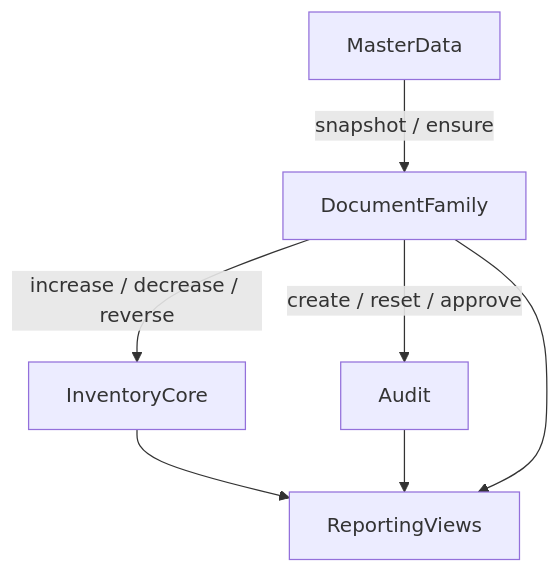
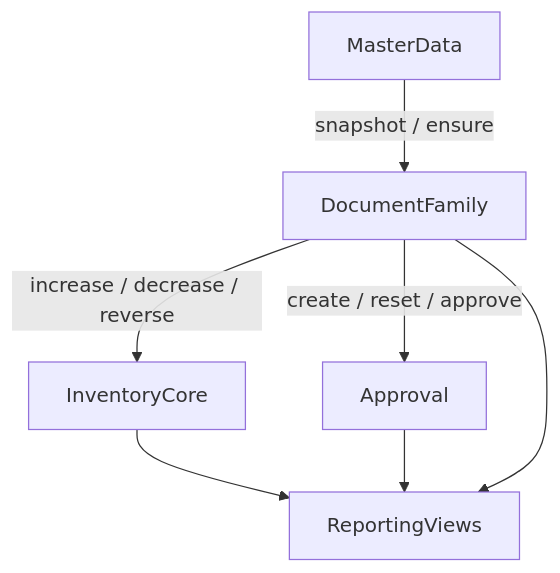
One commit to Cupcc/saifute-wms-server changed the diagram in docs/architecture/20-wms-database-tables-and-schema.md. Above: the diagram before and after it, drawn with Mermaid. The commit also changed other lines of this file and 163 other files, not shown here.

````diff
--- a/docs/architecture/20-wms-database-tables-and-schema.md
+++ b/docs/architecture/20-wms-database-tables-and-schema.md
@@ -67,15 +67,15 @@
 ```mermaid
 flowchart TD
     masterData[MasterData]
     documentFamily[DocumentFamily]
     inventoryCore[InventoryCore]
-    audit[Audit]
+    approval[Approval]
     reporting[ReportingViews]
 
     masterData -->|"snapshot / ensure"| documentFamily
     documentFamily -->|"increase / decrease / reverse"| inventoryCore
-    documentFamily -->|"create / reset / approve"| audit
+    documentFamily -->|"create / reset / approve"| approval
     inventoryCore --> reporting
-    audit --> reporting
+    approval --> reporting
     documentFamily --> reporting
 ```
````
